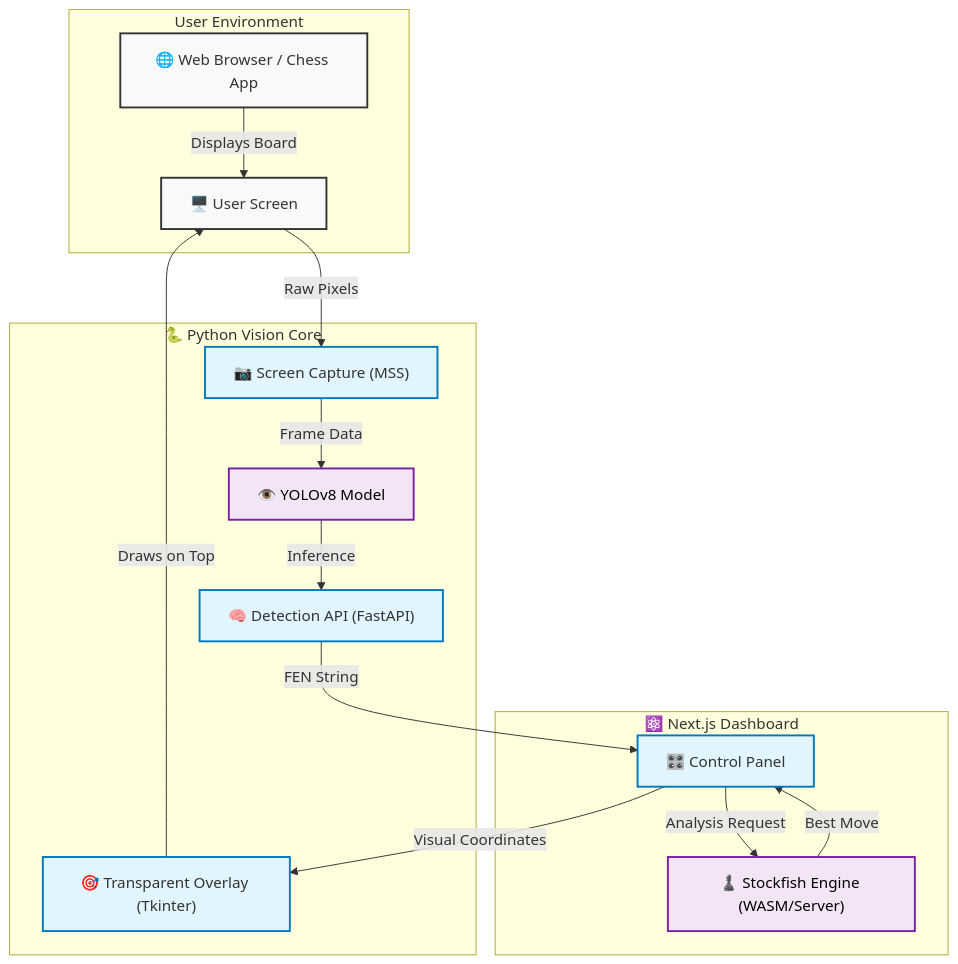
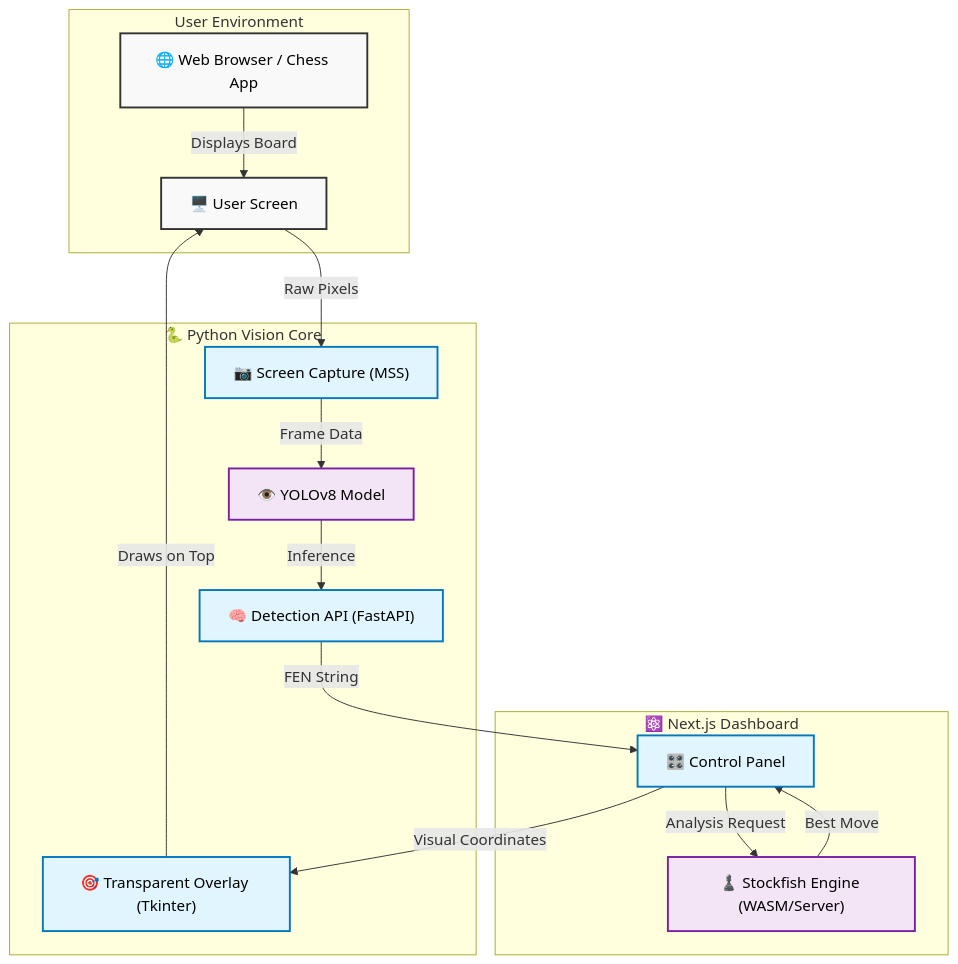
The first of 2 diagrams in README.md (editzinter/moveOverlay), drawn with Mermaid before and after one commit.

Commit message:
Docs: Force black text in diagrams for better visibility

````diff
--- a/README.md
+++ b/README.md
@@ -43,40 +43,40 @@
 ```mermaid
 graph TD
     %% Styling
-    classDef userLayer fill:#f9f9f9,stroke:#333,stroke-width:2px;
-    classDef core fill:#e1f5fe,stroke:#0277bd,stroke-width:2px;
-    classDef ai fill:#f3e5f5,stroke:#7b1fa2,stroke-width:2px,color:black;
+    classDef userLayer fill:#f9f9f9,stroke:#333,stroke-width:2px,color:#000;
+    classDef core fill:#e1f5fe,stroke:#0277bd,stroke-width:2px,color:#000;
+    classDef ai fill:#f3e5f5,stroke:#7b1fa2,stroke-width:2px,color:#000;
 
     subgraph UserSpace ["User Environment"]
         Screen["🖥️ User Screen"]
         Browser["🌐 Web Browser / Chess App"]
     end
 
     subgraph Backend ["🐍 Python Vision Core"]
         Capture["📷 Screen Capture (MSS)"]
         YOLO["👁️ YOLOv8 Model"]
         API["🧠 Detection API (FastAPI)"]
         Overlay["🎯 Transparent Overlay (Tkinter)"]
     end
 
     subgraph Frontend ["⚛️ Next.js Dashboard"]
         UI["🎛️ Control Panel"]
         Stockfish["♟️ Stockfish Engine (WASM/Server)"]
     end
 
     %% Connections
     Browser -- "Displays Board" --> Screen
     Screen -- "Raw Pixels" --> Capture
     Capture -- "Frame Data" --> YOLO
     YOLO -- "Inference" --> API
     API -- "FEN String" --> UI
     UI -- "Analysis Request" --> Stockfish
     Stockfish -- "Best Move" --> UI
     UI -- "Visual Coordinates" --> Overlay
     Overlay -- "Draws on Top" --> Screen
 
     %% Assign Classes
     class Screen,Browser userLayer;
     class Capture,API,Overlay,UI core;
     class YOLO,Stockfish ai;
 ```
````
